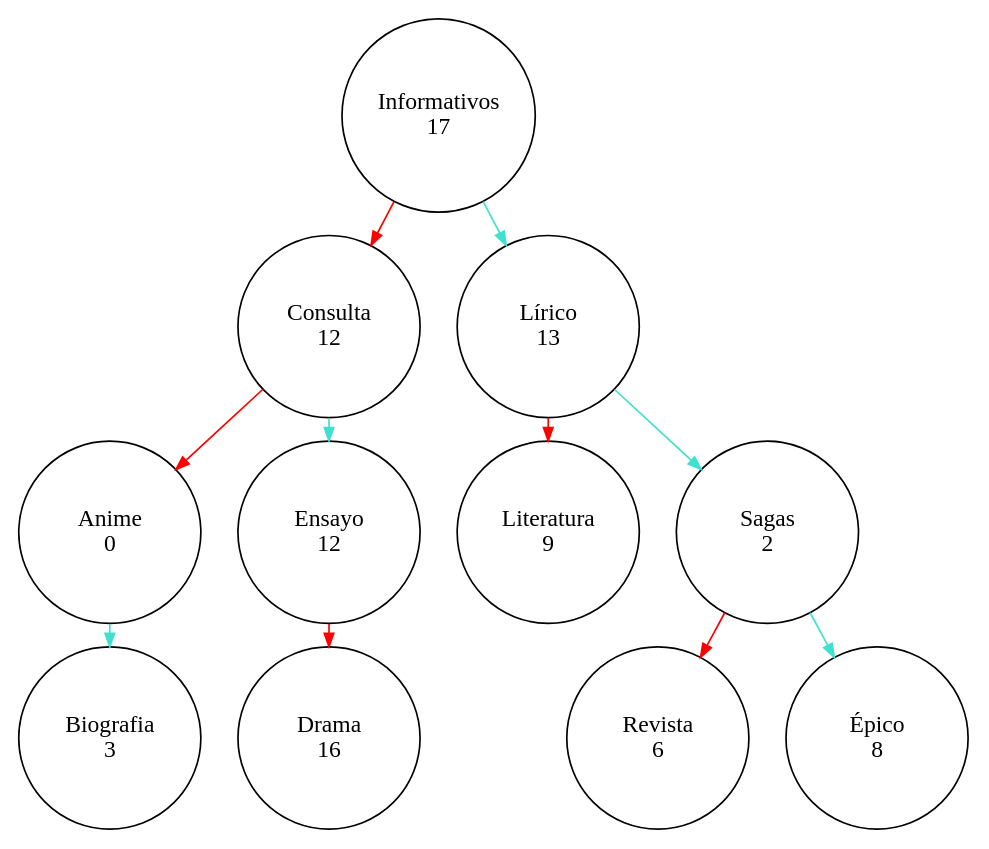
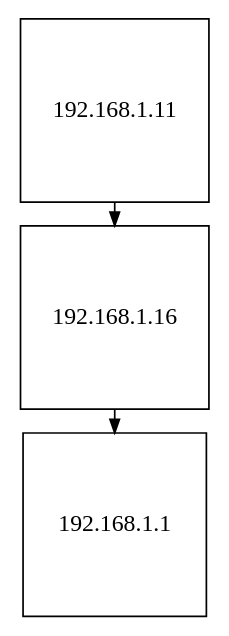
One commit to Guillermo-O-C/EDD_1S20200_PY2_201801366 changed the diagram in TextFiles/AVL.dot. Above: the diagram before and after it, drawn with Graphviz. The commit also changed 11 other files, not shown here.

```diff
--- a/TextFiles/AVL.dot
+++ b/TextFiles/AVL.dot
@@ -1,15 +1,5 @@
 digraph G {
  nodesep=0.3;
  ranksep=0.2;
     margin=0.1;
- node[shape=circle width="1.5" height="1.5" fixed="true"];  edge [arrowsize=0.8];"Informativos""Informativos"[label="Informativos\n17"]"Informativos" -> "Consulta"[color="#ff0000"];
-"Consulta"[label="Consulta\n12"]"Consulta" -> "Anime"[color="#ff0000"];
-"Anime"[label="Anime\n0"]"Anime" -> "Biografia"[color="#40e0d0"];
-"Biografia"[label="Biografia\n3"]"Consulta" -> "Ensayo"[color="#40e0d0"];
-"Ensayo"[label="Ensayo\n12"]"Ensayo" -> "Drama"[color="#ff0000"];
-"Drama"[label="Drama\n16"]"Informativos" -> "Lírico"[color="#40e0d0"];
-"Lírico"[label="Lírico\n13"]"Lírico" -> "Literatura"[color="#ff0000"];
-"Literatura"[label="Literatura\n9"]"Lírico" -> "Sagas"[color="#40e0d0"];
-"Sagas"[label="Sagas\n2"]"Sagas" -> "Revista"[color="#ff0000"];
-"Revista"[label="Revista\n6"]"Sagas" -> "Épico"[color="#40e0d0"];
-"Épico"[label="Épico\n8"]}
+ node[shape=box width="1.5" height="1.5" fixed="true"];  edge [arrowsize=0.8];"192.168.1.11" ->"192.168.1.16" ->"192.168.1.1";}
```
